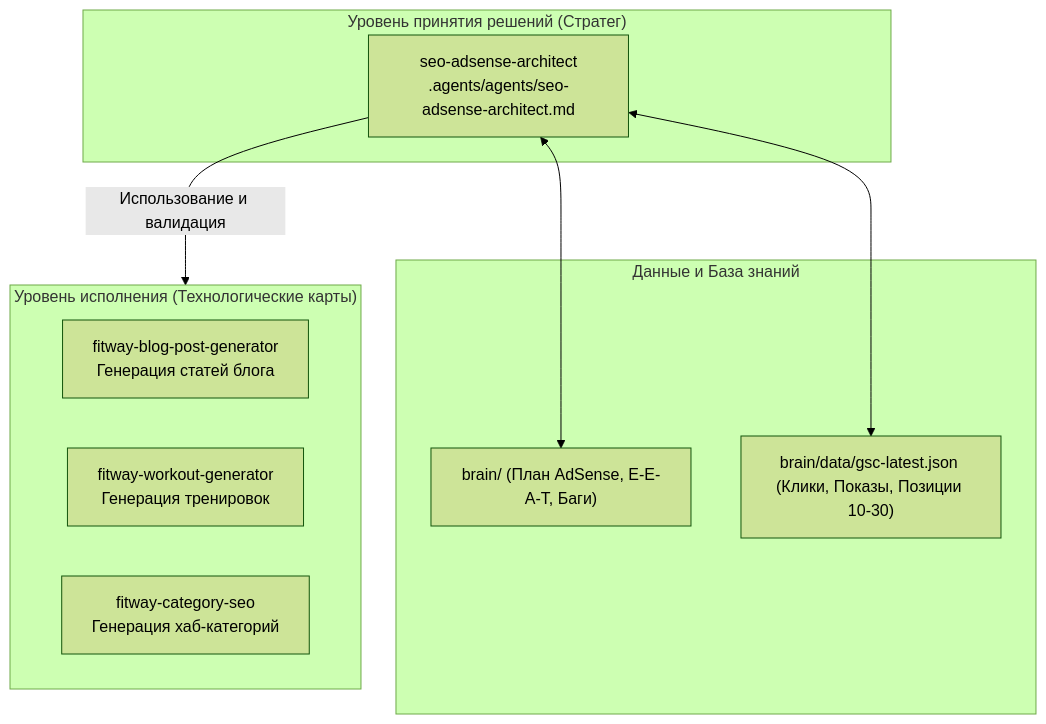
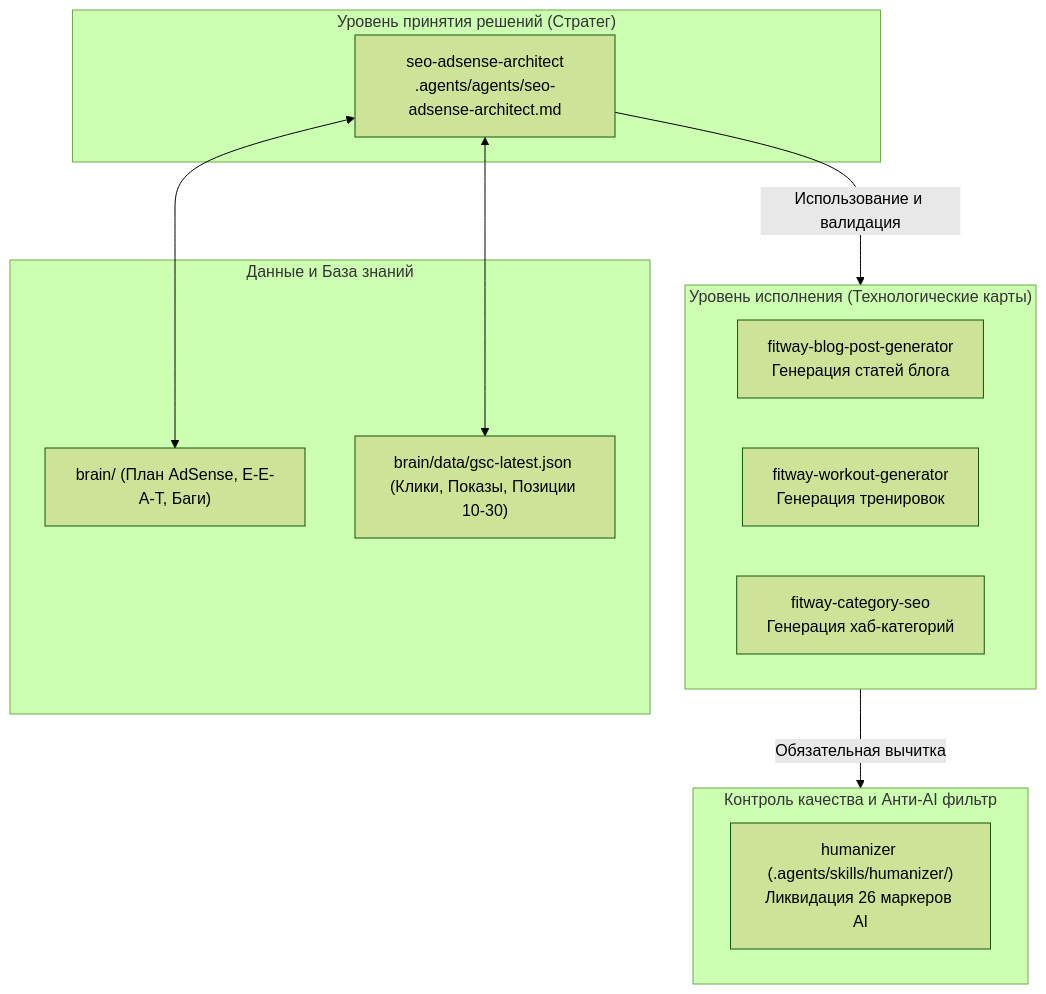
One commit to Maxspell/FitWay changed the diagram in brain/frontend/ai-agents-skills-architecture.md. Above: the diagram before and after it, drawn with Mermaid (forest theme). The commit also changed other lines of this file and 6 other files, not shown here.

````diff
--- a/brain/frontend/ai-agents-skills-architecture.md
+++ b/brain/frontend/ai-agents-skills-architecture.md
@@ -11,21 +11,26 @@
 ```mermaid
 flowchart TD
     subgraph AgentLayer["Уровень принятия решений (Стратег)"]
         Architect["seo-adsense-architect<br/>.agents/agents/seo-adsense-architect.md"]
     end
 
     subgraph DataLayer["Данные и База знаний"]
         Brain["brain/ (План AdSense, E-E-A-T, Баги)"]
         GSC["brain/data/gsc-latest.json (Клики, Показы, Позиции 10-30)"]
     end
 
     subgraph SkillsLayer["Уровень исполнения (Технологические карты)"]
         SkillBlog["fitway-blog-post-generator<br/>Генерация статей блога"]
         SkillWorkout["fitway-workout-generator<br/>Генерация тренировок"]
         SkillCat["fitway-category-seo<br/>Генерация хаб-категорий"]
     end
 
+    subgraph QualityLayer["Контроль качества и Анти-AI фильтр"]
+        SkillHumanizer["humanizer (.agents/skills/humanizer/)<br/>Ликвидация 26 маркеров AI"]
+    end
+
     Architect <--> Brain
     Architect <--> GSC
     Architect -->|Использование и валидация| SkillsLayer
+    SkillsLayer -->|Обязательная вычитка| QualityLayer
 ```
````
